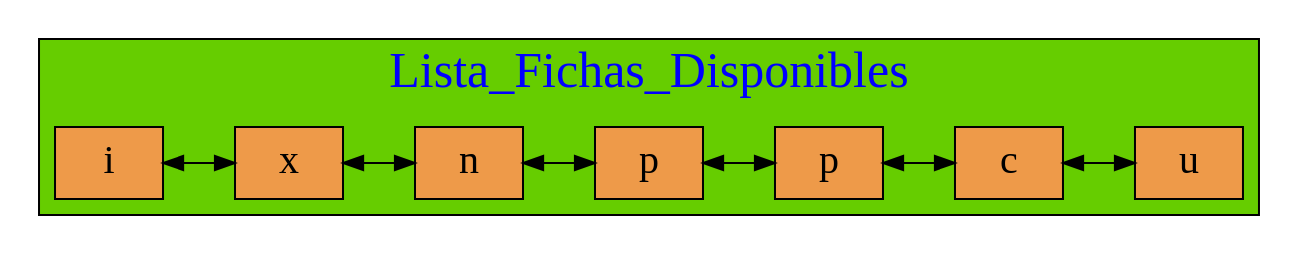
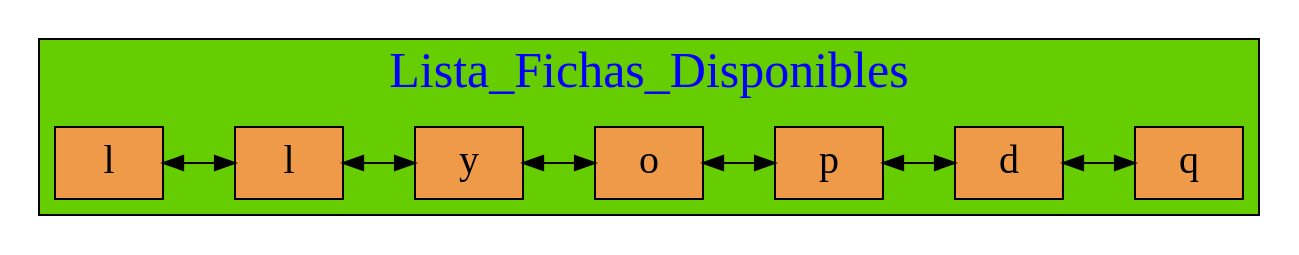
Before and after one commit to mariotun/EDD_1S2020_PY1_201602942: the diagram in Graficas/LD_Fichas_Jugador.dot, drawn with Graphviz. The commit also changed 19 other files, not shown here.

```diff
--- a/Graficas/LD_Fichas_Jugador.dot
+++ b/Graficas/LD_Fichas_Jugador.dot
@@ -1,35 +1,35 @@
 digraph Lista_Doble{
 
 graph[ranksep= "0.5",nodesep= "0.5"];
 node[fontcolor=black shape=box style=filled fillcolor=tan2 fontsize=20];
 
 subgraph cluster_1 {
 
 fontname=algerian
 fontsize=25;
 label="Lista_Fichas_Disponibles";
 fontcolor=blue
 style=filled
 fillcolor=chartreuse3
 labelloc=t;{rank=same;
-25770509856[label=" i"];
-25770509904[label=" x"];
-25770509952[label=" n"];
-25770512576[label=" p"];
-25770512624[label=" p"];
-25770512672[label=" c"];
-25770512720[label=" u"];
+25770489184[label=" l"];
+25770489232[label=" l"];
+25770478672[label=" y"];
+25770498128[label=" o"];
+25770498176[label=" p"];
+25770498224[label=" d"];
+25770498272[label=" q"];
 };
 
-25770509856->
-25770509904->
-25770509952->
-25770512576->
-25770512624->
-25770512672->
-25770512720
+25770489184->
+25770489232->
+25770478672->
+25770498128->
+25770498176->
+25770498224->
+25770498272
 [dir=both  color=black];
 
  }
 
 }
```
